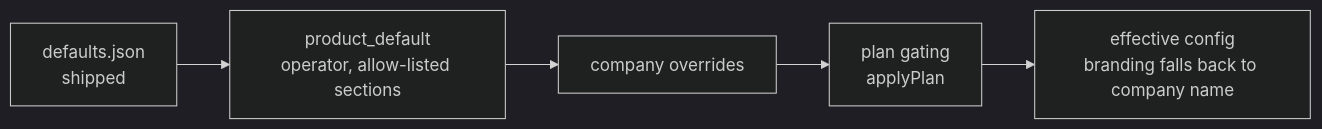
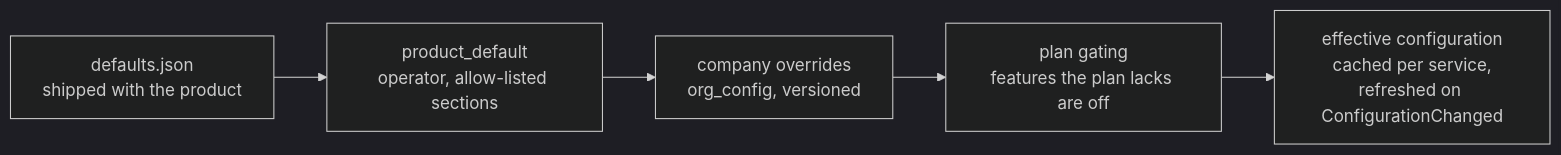
Diagram 14 of 19 in docs/architecture/LLD.md (lucky1ravi/property), drawn with Mermaid (dark theme) before and after one commit. The commit also changed other lines of this file and 47 other files, not shown here.

````diff
--- a/docs/architecture/LLD.md
+++ b/docs/architecture/LLD.md
@@ -74,4 +345,4 @@
 ```mermaid
 flowchart LR
-  D[defaults.json<br/>shipped] --> PD[product_default<br/>operator, allow-listed sections] --> CO[company overrides] --> PL[plan gating<br/>applyPlan] --> OUT[effective config<br/>branding falls back to company name]
+  D["defaults.json<br/>shipped with the product"] --> PD["product_default<br/>operator, allow-listed sections"] --> CO["company overrides<br/>org_config, versioned"] --> PL["plan gating<br/>features the plan lacks are off"] --> OUT["effective configuration<br/>cached per service,<br/>refreshed on ConfigurationChanged"]
 ```
````
